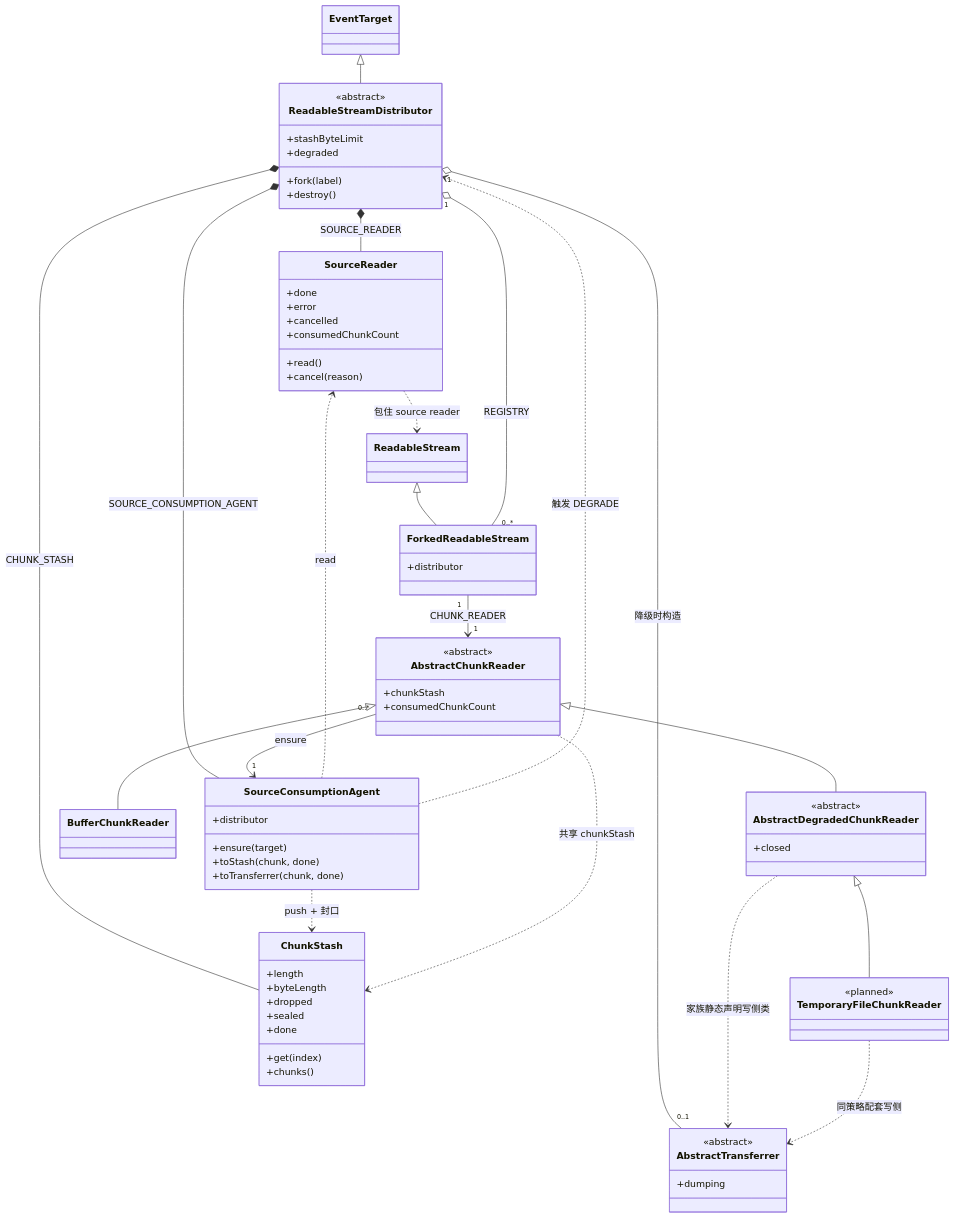
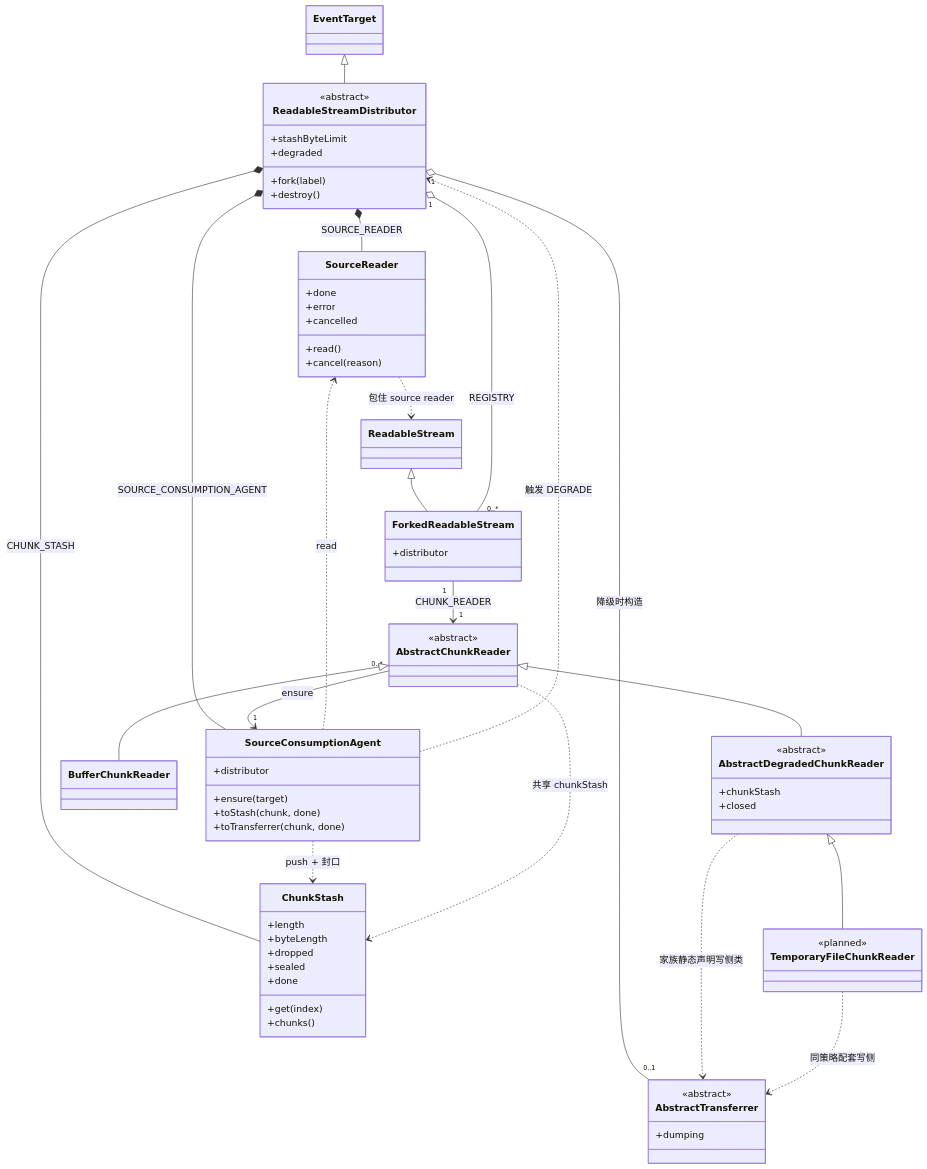
The second of 6 diagrams in DESIGN.md (produck/node-readable-stream-distributor), drawn with Mermaid before and after one commit. The commit also changed other lines of this file and 11 other files, not shown here.

```diff
--- a/DESIGN.md
+++ b/DESIGN.md
@@ -154,7 +154,6 @@
         +done
         +error
         +cancelled
-        +consumedChunkCount
         +read()
         +cancel(reason)
     }
@@ -172,14 +171,13 @@
 
     class AbstractChunkReader {
         <<abstract>>
-        +chunkStash
-        +consumedChunkCount
     }
 
     class BufferChunkReader
 
     class AbstractDegradedChunkReader {
         <<abstract>>
+        +chunkStash
         +closed
     }
 
```
